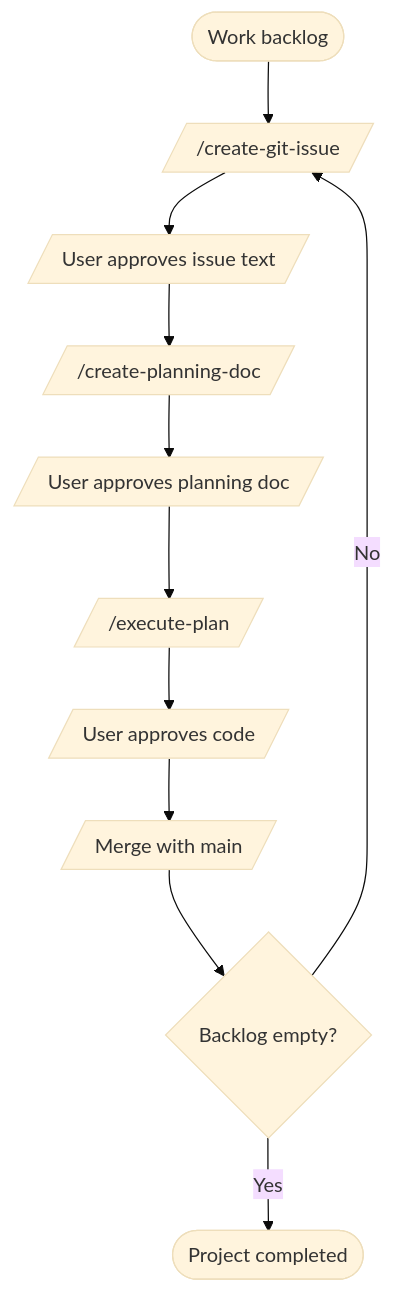
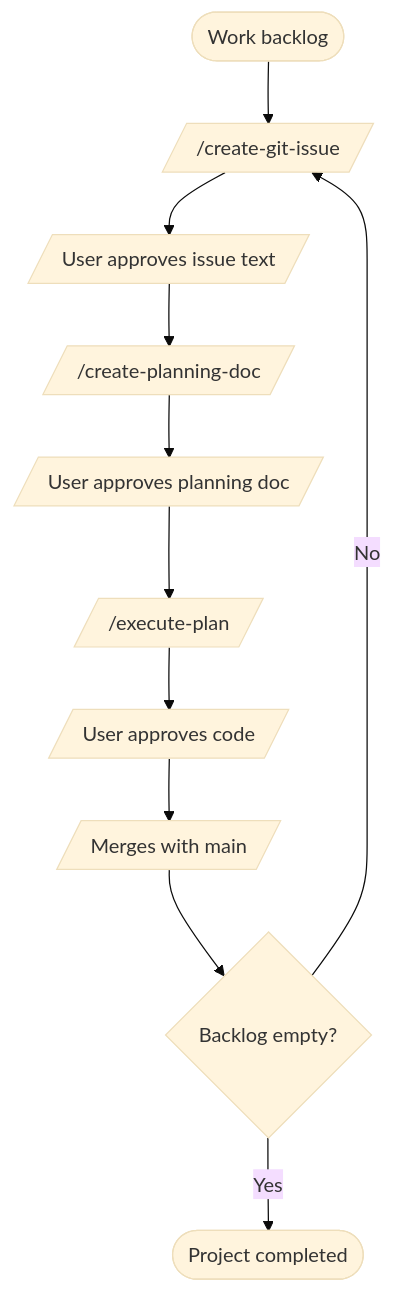
The second of 2 diagrams in README.md (thinkgibson/Jumpstart), drawn with Mermaid (base theme) before and after one commit. The commit also changed other lines of this file, not shown here.

````diff
--- a/README.md
+++ b/README.md
@@ -70,13 +78,13 @@
 ```mermaid
 flowchart TD
     Start([Work backlog]) --> CreateIssue[//create-git-issue/]
     CreateIssue --> Feedback1[/User approves issue text/]
     Feedback1 --> CreatePlan[//create-planning-doc/]
     CreatePlan --> Feedback2[/User approves planning doc/]
     Feedback2 --> Execute[//execute-plan/]
     Execute --> Feedback3[/User approves code/]
-    Feedback3 --> Merge[/Merge with main/]
+    Feedback3 --> Merge[/Merges with main/]
     Merge --> LoopCheck{Backlog empty?}
     LoopCheck -->|No| CreateIssue
     LoopCheck -->|Yes| Complete([Project completed])
 ```
````
